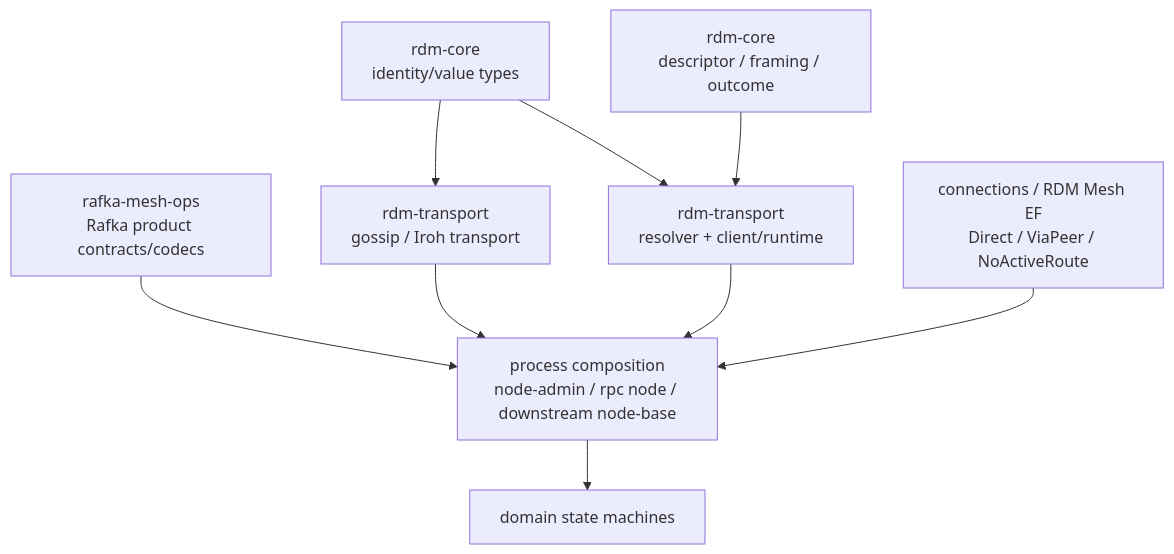
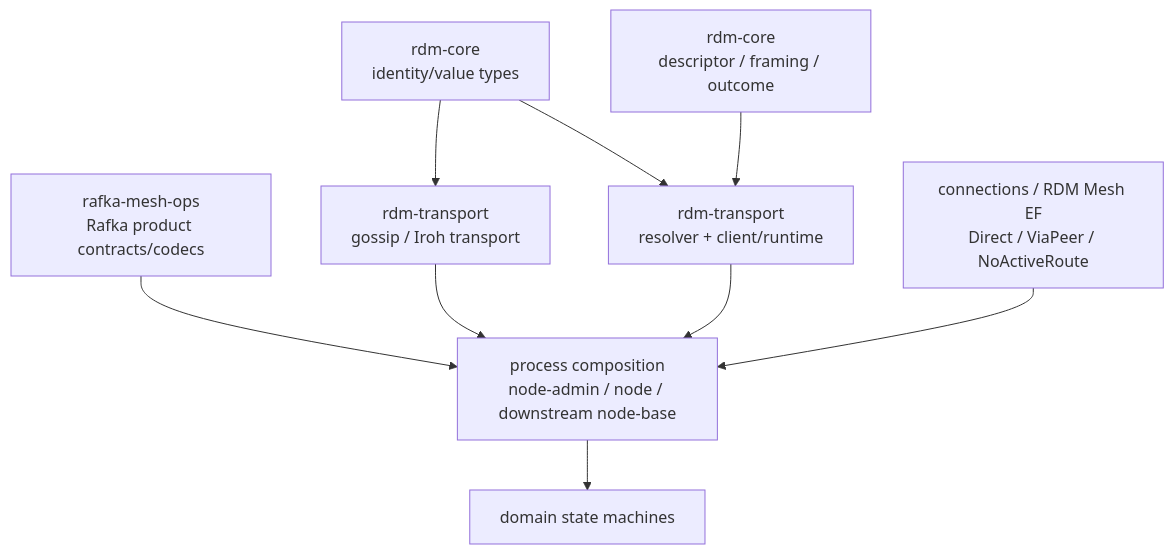
One commit to drlukeangel/rust-distributed-mesh changed the first of 2 diagrams in docs/architecture/node-rpc.md. Above: the diagram before and after it, drawn with Mermaid. The commit also changed 10 other files, not shown here.

```diff
--- a/docs/architecture/node-rpc.md
+++ b/docs/architecture/node-rpc.md
@@ -32,13 +32,13 @@
 ~~~mermaid
 flowchart TB
     ME[rdm-core\nidentity/value types] --> MT[rdm-transport\ngossip / Iroh transport]
     ME --> NR[rdm-transport\nresolver + client/runtime]
     NC[rdm-core\ndescriptor / framing / outcome] --> NR
     MO[rafka-mesh-ops\nRafka product contracts/codecs] --> PC
 
-    MT --> PC[process composition\nnode-admin / rpc node / downstream node-base]
+    MT --> PC[process composition\nnode-admin / node / downstream node-base]
     NR --> PC
     C[connections / RDM Mesh EF\nDirect / ViaPeer / NoActiveRoute] --> PC
 
     PC --> D[domain state machines]
 ~~~
```
